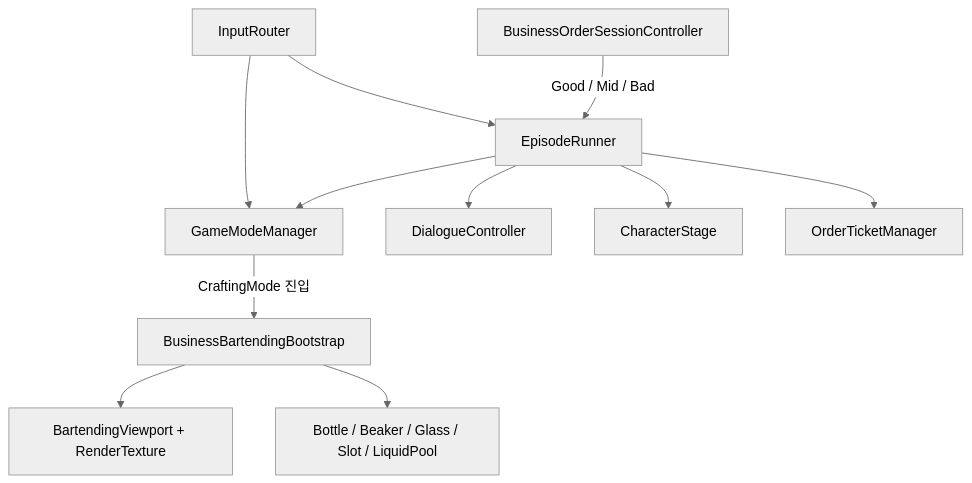
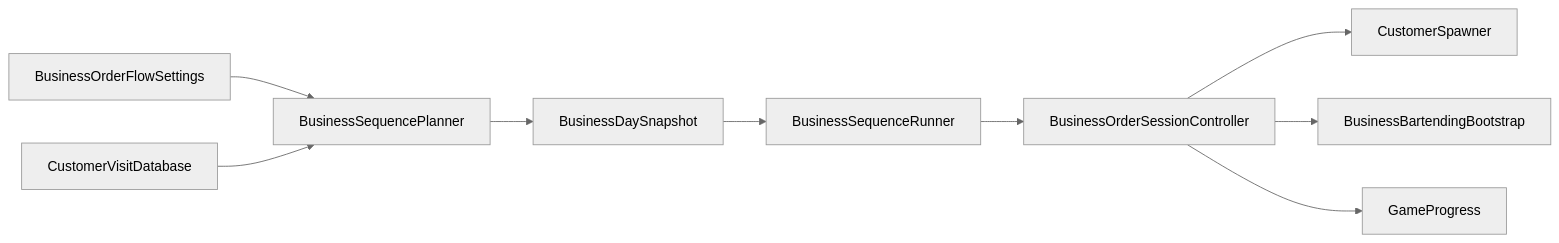
Before and after one commit to seacweed/slainte: the third of 3 diagrams in docs/core/project-code-map.md, drawn with Mermaid (neutral theme). The commit also changed other lines of this file and 345 other files, not shown here.

````diff
--- a/docs/core/project-code-map.md
+++ b/docs/core/project-code-map.md
@@ -169,14 +108,11 @@
 ```mermaid
-flowchart TB
-    Input["InputRouter"] --> Mode["GameModeManager"]
-    Input --> Runner["EpisodeRunner"]
-    Runner --> Dialogue["DialogueController"]
-    Runner --> Stage["CharacterStage"]
-    Runner --> Ticket["OrderTicketManager"]
-    Runner --> Mode
-
-    Mode -->|"CraftingMode 진입"| Bootstrap["BusinessBartendingBootstrap"]
-    Bootstrap --> Viewport["BartendingViewport + RenderTexture"]
-    Bootstrap --> Physics["Bottle / Beaker / Glass / Slot / LiquidPool"]
-    Session["BusinessOrderSessionController"] -->|"Good / Mid / Bad"| Runner
+flowchart LR
+    Settings["BusinessOrderFlowSettings"] --> Planner["BusinessSequencePlanner"]
+    Visits["CustomerVisitDatabase"] --> Planner
+    Planner --> Snapshot["BusinessDaySnapshot"]
+    Snapshot --> Runner["BusinessSequenceRunner"]
+    Runner --> Session["BusinessOrderSessionController"]
+    Session --> Customer["CustomerSpawner"]
+    Session --> Bar["BusinessBartendingBootstrap"]
+    Session --> Progress["GameProgress"]
 ```
````
